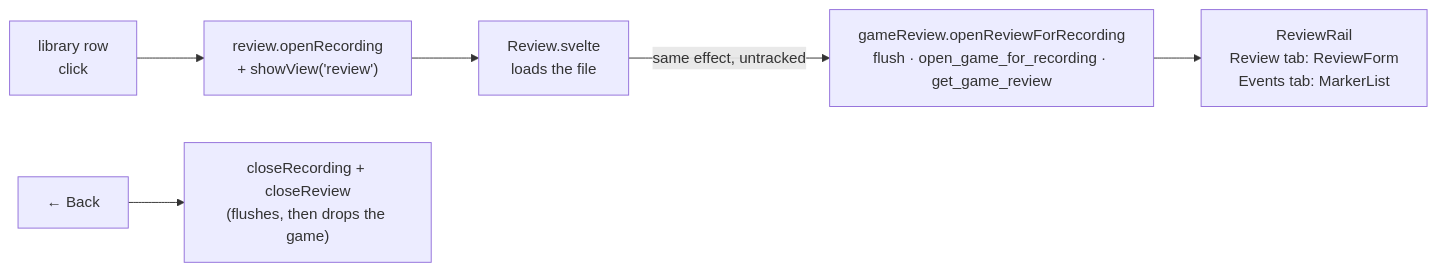
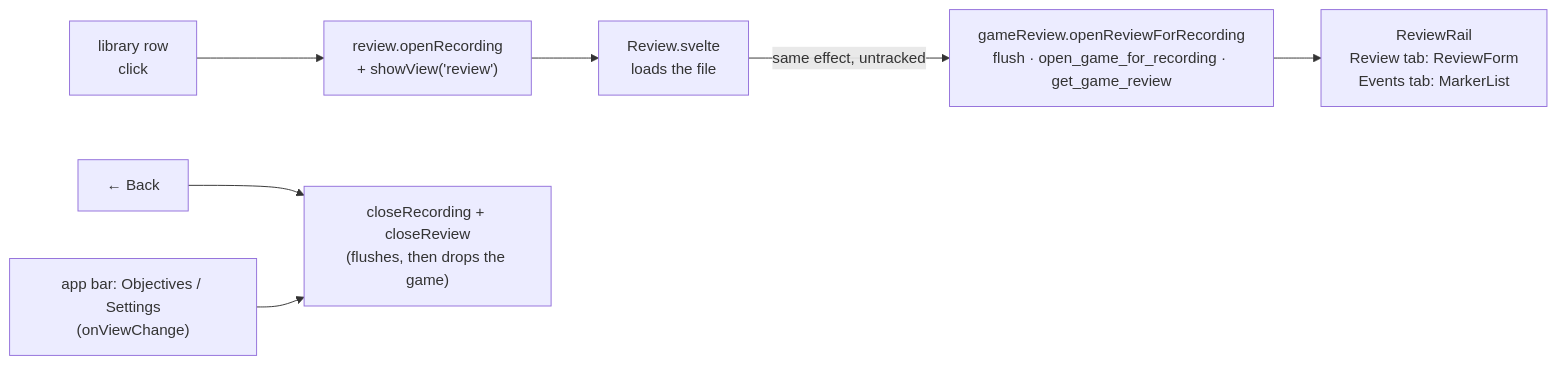
Before and after one commit to NinjaGoldfinch/ninja-recorder: the third of 6 diagrams in docs/frontend.md, drawn with Mermaid. The commit also changed other lines of this file and 4 other files, not shown here.

First line of the commit message:
fix(review): close the review when the app bar leaves it (#372)

````diff
--- a/docs/frontend.md
+++ b/docs/frontend.md
@@ -550,8 +550,9 @@
 ```mermaid
 flowchart LR
     ROW["library row<br/>click"] --> OPEN["review.openRecording<br/>+ showView('review')"]
     OPEN --> PLAYER["Review.svelte<br/>loads the file"]
     PLAYER -->|same effect, untracked| LOAD["gameReview.openReviewForRecording<br/>flush · open_game_for_recording · get_game_review"]
     LOAD --> RAIL["ReviewRail<br/>Review tab: ReviewForm<br/>Events tab: MarkerList"]
     BACK["← Back"] --> CLOSE["closeRecording + closeReview<br/>(flushes, then drops the game)"]
+    LEAVE["app bar: Objectives / Settings<br/>(onViewChange)"] --> CLOSE
 ```
````
